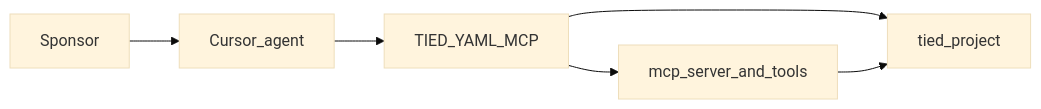
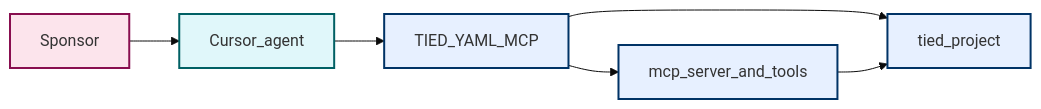
Before and after one commit to fareedst/tied: the first of 14 diagrams in docs/stdd-workflows.md, drawn with Mermaid (base theme). The commit also changed other lines of this file and 18 other files, not shown here.

First line of the commit message:
Add STDD vocab visual encoding registry and term color index.

````diff
--- a/docs/stdd-workflows.md
+++ b/docs/stdd-workflows.md
@@ -49,13 +50,17 @@
 ```mermaid
 flowchart LR
-  sponsor[Sponsor]
-  agent[Cursor_agent]
-  mcp[TIED_YAML_MCP]
-  tp[tied_project]
-  code[mcp_server_and_tools]
+  %% palette: docs/visual-encoding-standards.md
+  classDef domGovernanceChoice fill:#fce4ec,stroke:#880e4f,stroke-width:2px
+  classDef domAgentSurface fill:#e0f7fa,stroke:#006064,stroke-width:2px
+  classDef domTiedCorpus fill:#e7f0ff,stroke:#003366,stroke-width:2px
+  sponsor[Sponsor]:::domGovernanceChoice
+  agent[Cursor_agent]:::domAgentSurface
+  mcp[TIED_YAML_MCP]:::domTiedCorpus
+  tp[tied_project]:::domTiedCorpus
+  code[mcp_server_and_tools]:::domTiedCorpus
   sponsor --> agent
   agent --> mcp
   mcp --> tp
   mcp --> code
   code --> tp
 ```
````
